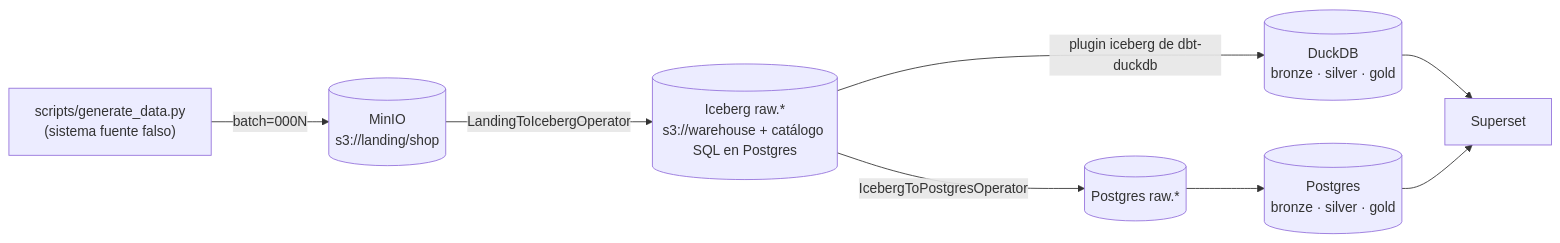
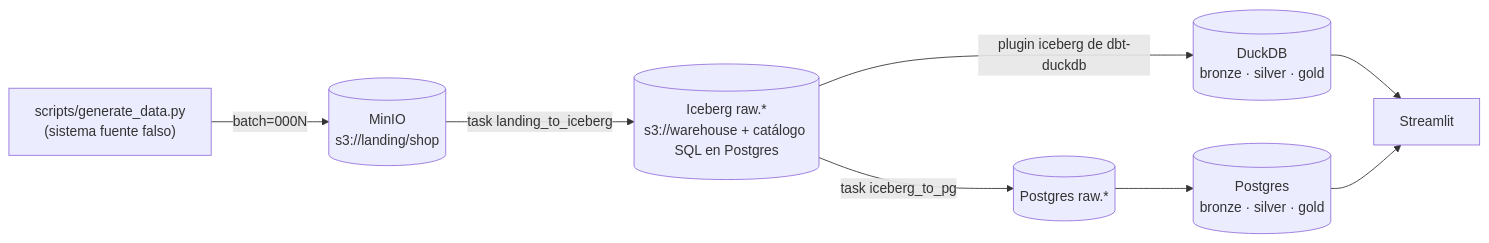
The first of 2 diagrams in README.md (aoelvp94/lewagon-iceberg-lakehouse), drawn with Mermaid before and after one commit. The commit also changed other lines of this file and 26 other files, not shown here.

First line of the commit message:
Prefect 3 flavour: flows wrapping the shared transfer logic, prefect-dbt, Streamlit dashboard

````diff
--- a/README.md
+++ b/README.md
@@ -23,10 +21,10 @@
 ```mermaid
 flowchart LR
     gen["scripts/generate_data.py<br/>(sistema fuente falso)"] -->|batch=000N| landing[(MinIO<br/>s3://landing/shop)]
-    landing -->|LandingToIcebergOperator| raw[(Iceberg raw.*<br/>s3://warehouse + catálogo SQL en Postgres)]
+    landing -->|task landing_to_iceberg| raw[(Iceberg raw.*<br/>s3://warehouse + catálogo SQL en Postgres)]
     raw -->|plugin iceberg de dbt-duckdb| duck[(DuckDB<br/>bronze · silver · gold)]
-    raw -->|IcebergToPostgresOperator| pgraw[(Postgres raw.*)]
+    raw -->|task iceberg_to_pg| pgraw[(Postgres raw.*)]
     pgraw --> pg[(Postgres<br/>bronze · silver · gold)]
-    duck --> bi[Superset]
+    duck --> bi[Streamlit]
     pg --> bi
 ```
````
